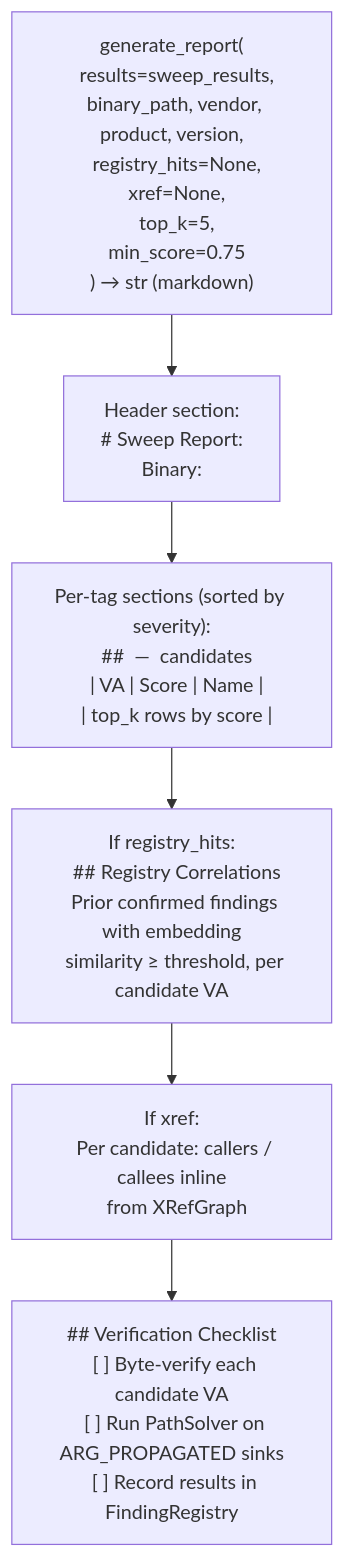
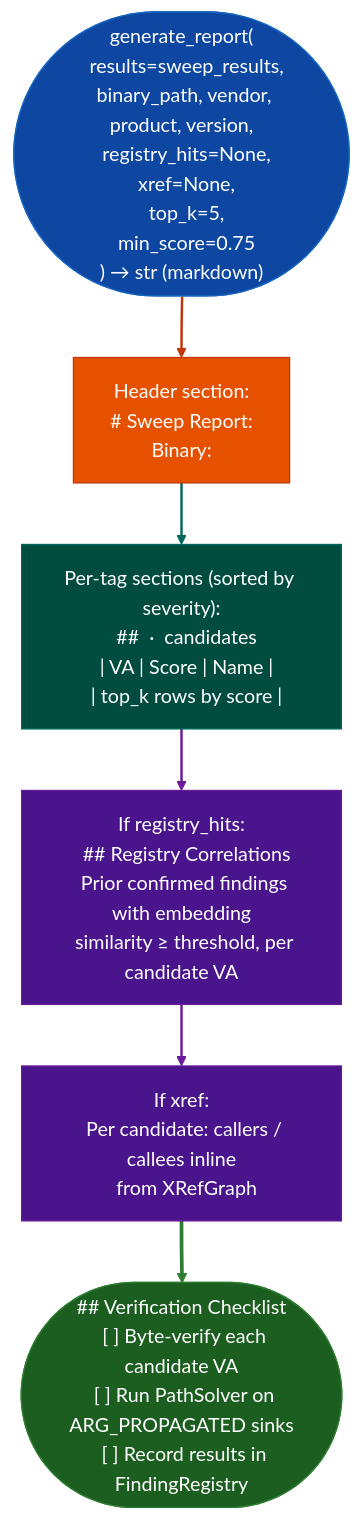
One commit to Ablation-Tool/ablation changed the diagram in docs/reference-modules/markdown-research-reports.md. Above: the diagram before and after it, drawn with Mermaid. The commit also changed 320 other files, not shown here.

First line of the commit message:
docs: apply canonical Mermaid template to all 321 diagrams

````diff
--- a/docs/reference-modules/markdown-research-reports.md
+++ b/docs/reference-modules/markdown-research-reports.md
@@ -19,8 +19,19 @@
 ```mermaid
 flowchart TD
-    A["generate_report(\n  results=sweep_results,\n  binary_path, vendor, product, version,\n  registry_hits=None,\n  xref=None,\n  top_k=5,\n  min_score=0.75\n) → str (markdown)"] --> B["Header section:\n  # Sweep Report: <product> <version>\n  Binary: <path>  |  Generated: <datetime>"]
-    B --> C["Per-tag sections (sorted by severity):\n  ## <TAG> — <count> candidates\n  | VA | Score | Name |\n  | top_k rows by score |"]
-    C --> D["If registry_hits:\n  ## Registry Correlations\n  Prior confirmed findings with embedding\n  similarity ≥ threshold, per candidate VA"]
-    D --> E["If xref:\n  Per candidate: callers / callees inline\n  from XRefGraph"]
-    E --> F["## Verification Checklist\n  [ ] Byte-verify each candidate VA\n  [ ] Run PathSolver on ARG_PROPAGATED sinks\n  [ ] Record results in FindingRegistry"]
+    A(["generate_report(\n  results=sweep_results,\n  binary_path, vendor, product, version,\n  registry_hits=None,\n  xref=None,\n  top_k=5,\n  min_score=0.75\n) → str (markdown)"]):::input --> B["Header section:\n  # Sweep Report: <product> <version>\n  Binary: <path>  |  Generated: <datetime>"]:::primary
+    B:::primary --> C["Per-tag sections (sorted by severity):\n  ## <TAG> · <count> candidates\n  | VA | Score | Name |\n  | top_k rows by score |"]:::secondary
+    C:::secondary --> D["If registry_hits:\n  ## Registry Correlations\n  Prior confirmed findings with embedding\n  similarity ≥ threshold, per candidate VA"]:::tertiary
+    D:::tertiary --> E["If xref:\n  Per candidate: callers / callees inline\n  from XRefGraph"]:::tertiary
+    E:::tertiary --> F(["## Verification Checklist\n  [ ] Byte-verify each candidate VA\n  [ ] Run PathSolver on ARG_PROPAGATED sinks\n  [ ] Record results in FindingRegistry"]):::output
+    classDef input     fill:#0d47a1,stroke:#1565c0,color:#fff
+    classDef primary   fill:#e65100,stroke:#bf360c,color:#fff
+    classDef secondary fill:#004d40,stroke:#00695c,color:#fff
+    classDef tertiary  fill:#4a148c,stroke:#6a1b9a,color:#fff
+    classDef neutral   fill:#37474f,stroke:#546e7a,color:#fff
+    classDef output    fill:#1b5e20,stroke:#2e7d32,color:#fff
+    linkStyle 0 stroke:#bf360c,stroke-width:2px
+    linkStyle 1 stroke:#00695c,stroke-width:2px
+    linkStyle 2 stroke:#6a1b9a,stroke-width:2px
+    linkStyle 3 stroke:#6a1b9a,stroke-width:2px
+    linkStyle 4 stroke:#2e7d32,stroke-width:3px
 ```
````
